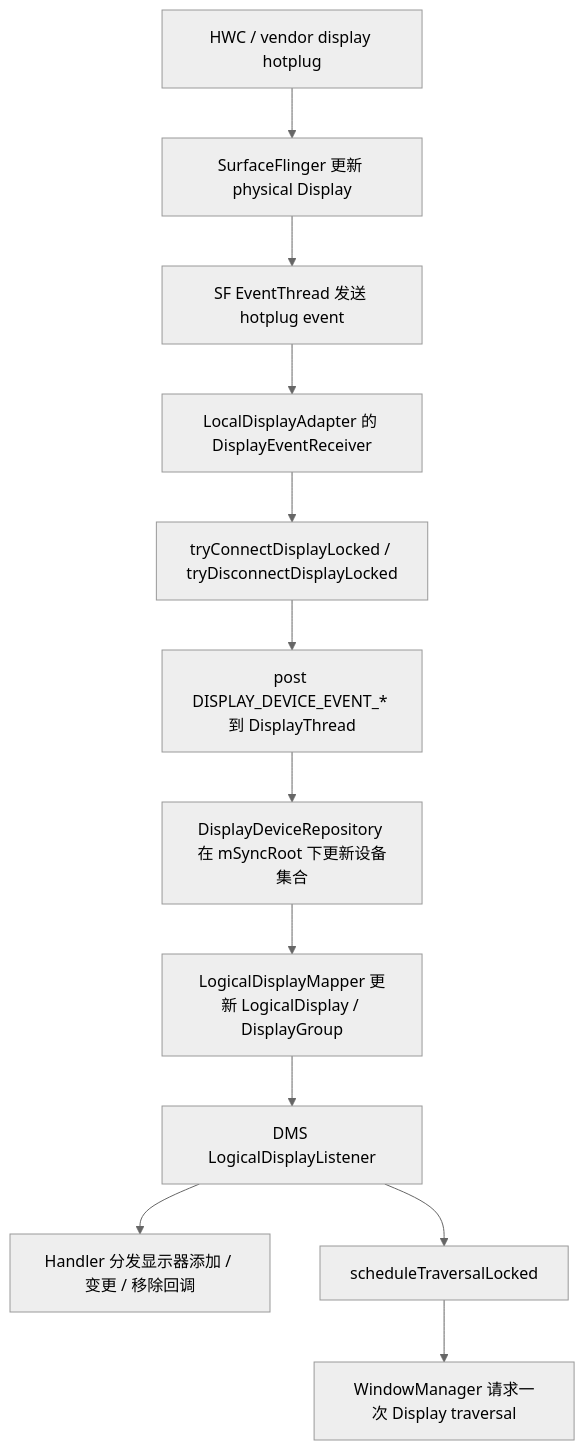
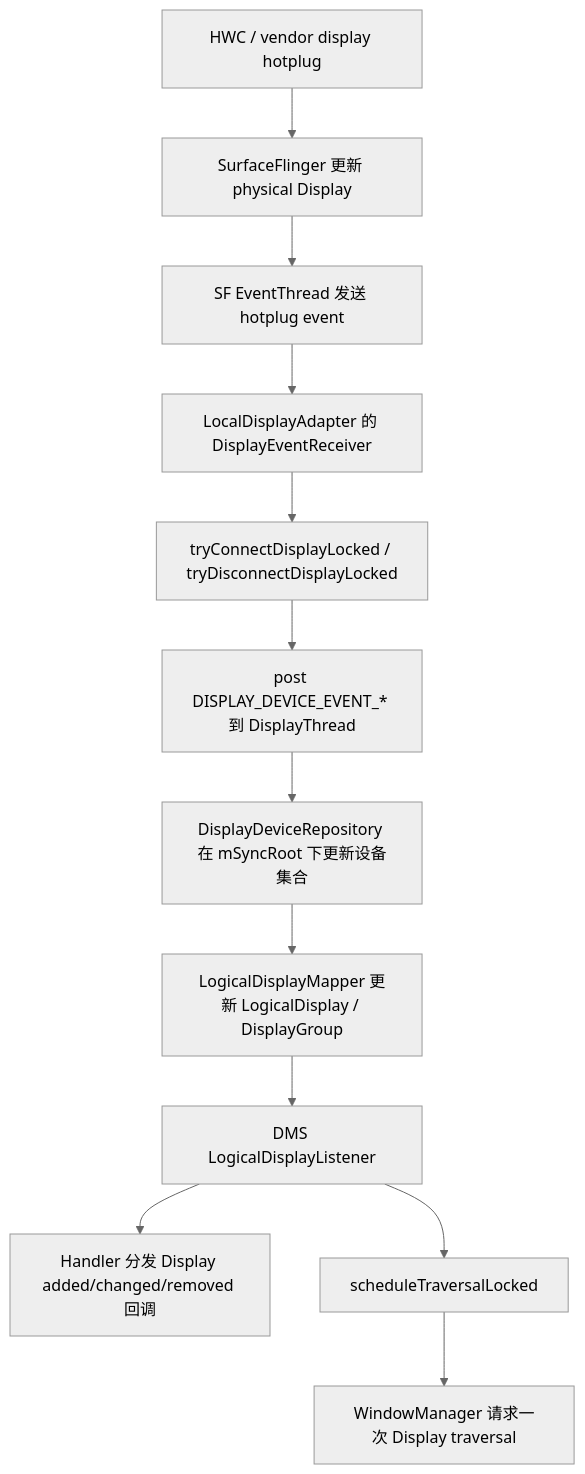
Before and after one commit to Gracker/android-internals-wiki: the second of 3 diagrams in src/part1-fundamentals/ch02-rendering/30-displaymanager-service-lifecycle.md, drawn with Mermaid (neutral theme). The commit also changed other lines of this file, not shown here.

````diff
--- a/src/part1-fundamentals/ch02-rendering/30-displaymanager-service-lifecycle.md
+++ b/src/part1-fundamentals/ch02-rendering/30-displaymanager-service-lifecycle.md
@@ -139,14 +139,14 @@
 ```mermaid
 flowchart TD
     A["HWC / vendor display hotplug"] --> B["SurfaceFlinger 更新 physical Display"]
     B --> C["SF EventThread 发送 hotplug event"]
     C --> D["LocalDisplayAdapter 的 DisplayEventReceiver"]
     D --> E["tryConnectDisplayLocked / tryDisconnectDisplayLocked"]
     E --> F["post DISPLAY_DEVICE_EVENT_* 到 DisplayThread"]
     F --> G["DisplayDeviceRepository 在 mSyncRoot 下更新设备集合"]
     G --> H["LogicalDisplayMapper 更新 LogicalDisplay / DisplayGroup"]
     H --> I["DMS LogicalDisplayListener"]
-    I --> J["Handler 分发显示器添加 / 变更 / 移除回调"]
+    I --> J["Handler 分发 Display added/changed/removed 回调"]
     I --> K["scheduleTraversalLocked"]
     K --> L["WindowManager 请求一次 Display traversal"]
 ```
````
